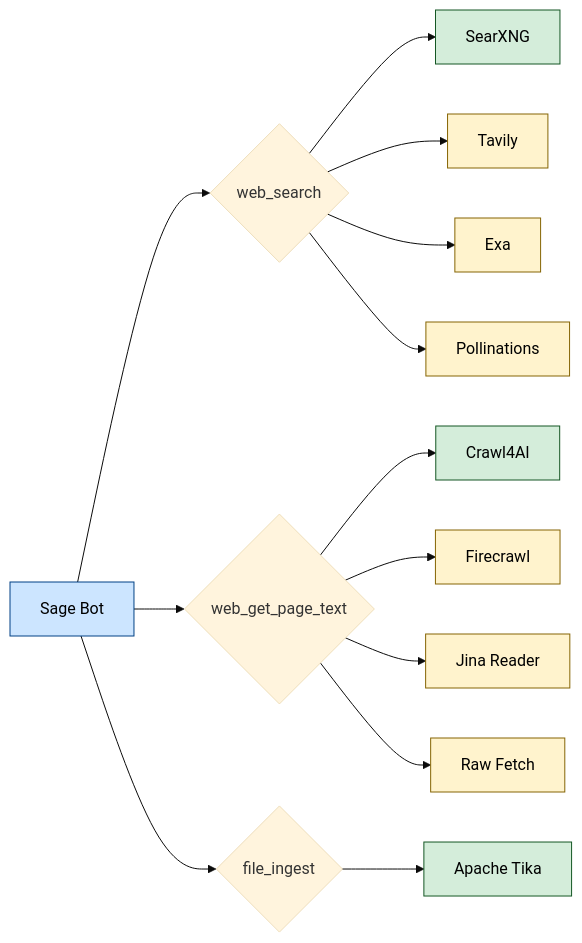
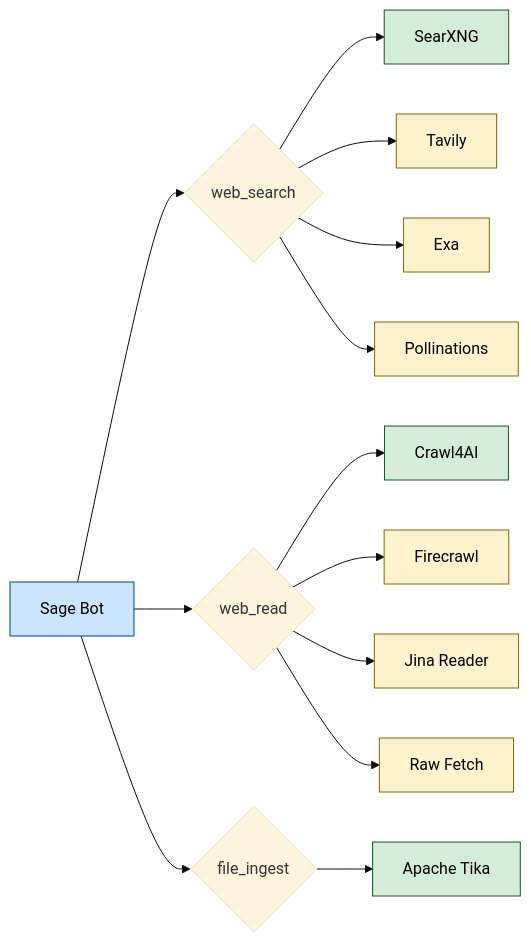
The diagram in docs/operations/TOOL_STACK.md (BokX1/Sage), drawn with Mermaid (base theme) before and after one commit. The commit also changed other lines of this file and 22 other files, not shown here.

First line of the commit message:
refactor(agent-runtime): rename ambiguous tools and apply explicit schema descriptions

````diff
--- a/docs/operations/TOOL_STACK.md
+++ b/docs/operations/TOOL_STACK.md
@@ -41,22 +41,22 @@
 ```mermaid
 flowchart LR
     classDef local fill:#d4edda,stroke:#155724,color:black
     classDef hosted fill:#fff3cd,stroke:#856404,color:black
     classDef sage fill:#cce5ff,stroke:#004085,color:black
 
     S[Sage Bot]:::sage --> WS{web_search}
-    S --> WC{web_get_page_text}
+    S --> WC{web_read}
     S --> FI{file_ingest}
 
     WS --> S1[SearXNG]:::local
     WS --> S2[Tavily]:::hosted
     WS --> S3[Exa]:::hosted
     WS --> S4[Pollinations]:::hosted
 
     WC --> C1[Crawl4AI]:::local
     WC --> C2[Firecrawl]:::hosted
     WC --> C3[Jina Reader]:::hosted
     WC --> C4[Raw Fetch]:::hosted
 
     FI --> T1[Apache Tika]:::local
 ```
````
